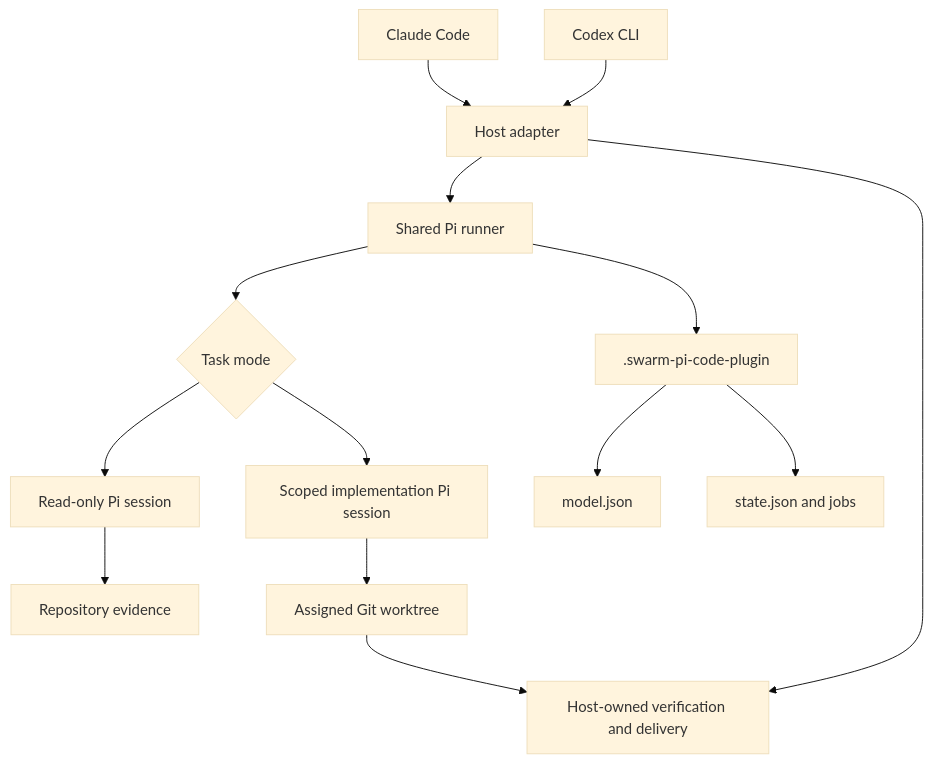
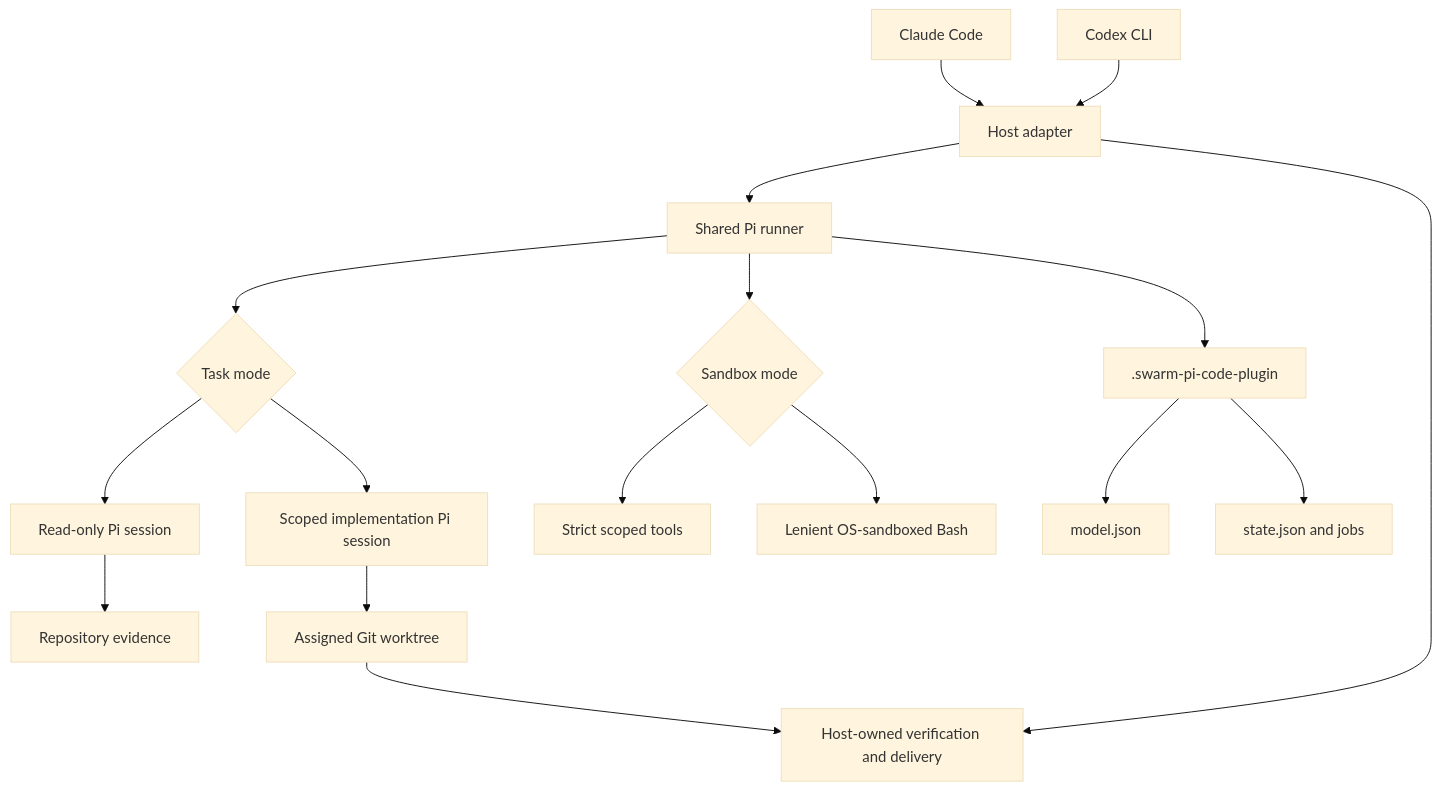
One commit to JiaWeiXie/swarm-pi-code-plugin changed the diagram in docs/architecture.md. Above: the diagram before and after it, drawn with Mermaid (base theme). The commit also changed other lines of this file and 43 other files, not shown here.

Commit message:
feat: add lenient sandbox execution mode

````diff
--- a/docs/architecture.md
+++ b/docs/architecture.md
@@ -11,16 +11,19 @@
 ```mermaid
 flowchart TB
     C[Claude Code] --> H[Host adapter]
     X[Codex CLI] --> H
     H --> R[Shared Pi runner]
     R --> Q{Task mode}
     Q --> O[Read-only Pi session]
     Q --> I[Scoped implementation Pi session]
     O --> F[Repository evidence]
     I --> W[Assigned Git worktree]
+    R --> B{Sandbox mode}
+    B --> T[Strict scoped tools]
+    B --> L[Lenient OS-sandboxed Bash]
     R --> D[.swarm-pi-code-plugin]
     D --> M[model.json]
     D --> S[state.json and jobs]
     H --> V[Host-owned verification and delivery]
     W --> V
 ```
````
